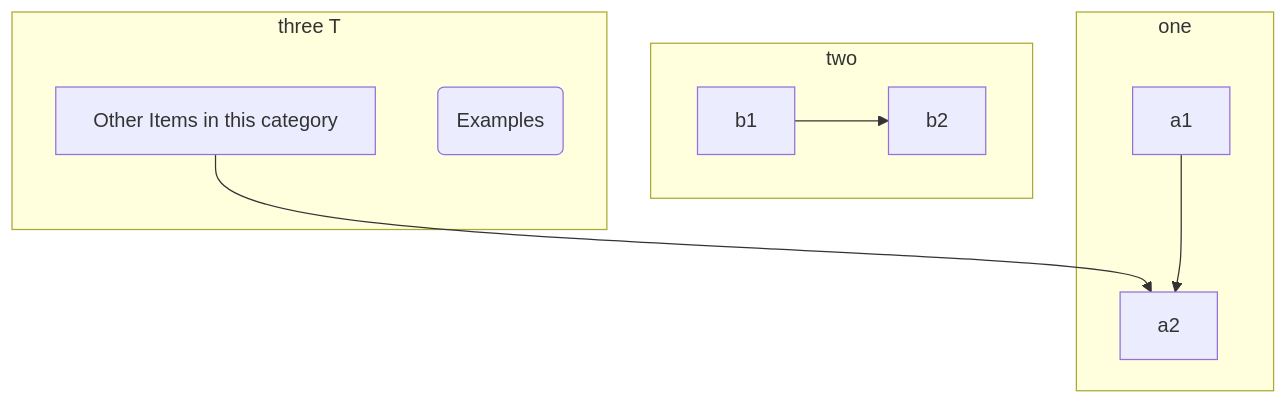
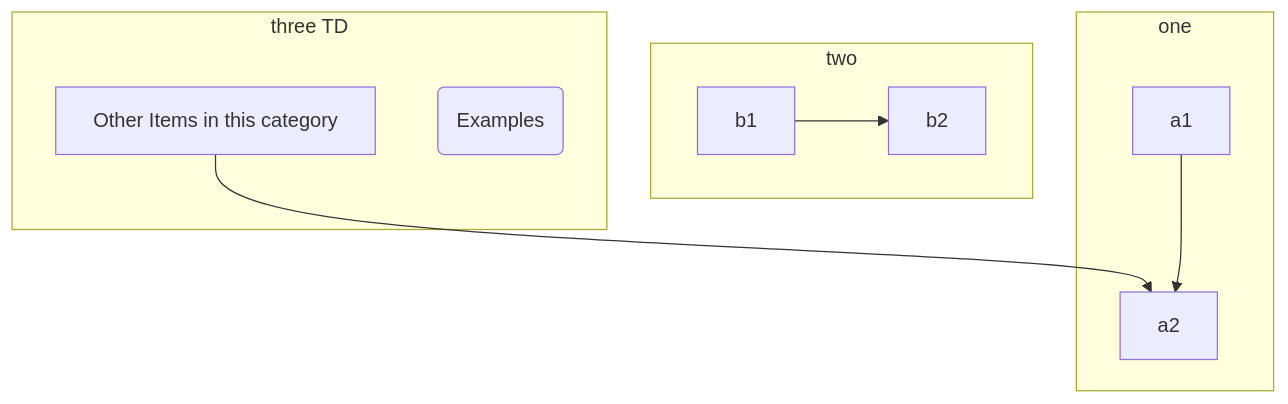
One commit to gerbssusd/dok changed the diagram in slides.md. Above: the diagram before and after it, drawn with Mermaid.

````diff
--- a/slides.md
+++ b/slides.md
@@ -217,20 +217,20 @@
 ```mermaid
 flowchart TB
     c1-->a2
     subgraph one
     a1-->a2
     end
     subgraph two
     b1-->b2
     end
-    subgraph three T
+    subgraph three TD
     c1[Other Items in this category] 
     c2(Examples)
     end
 
 
 
 
 
 
 ```
````
